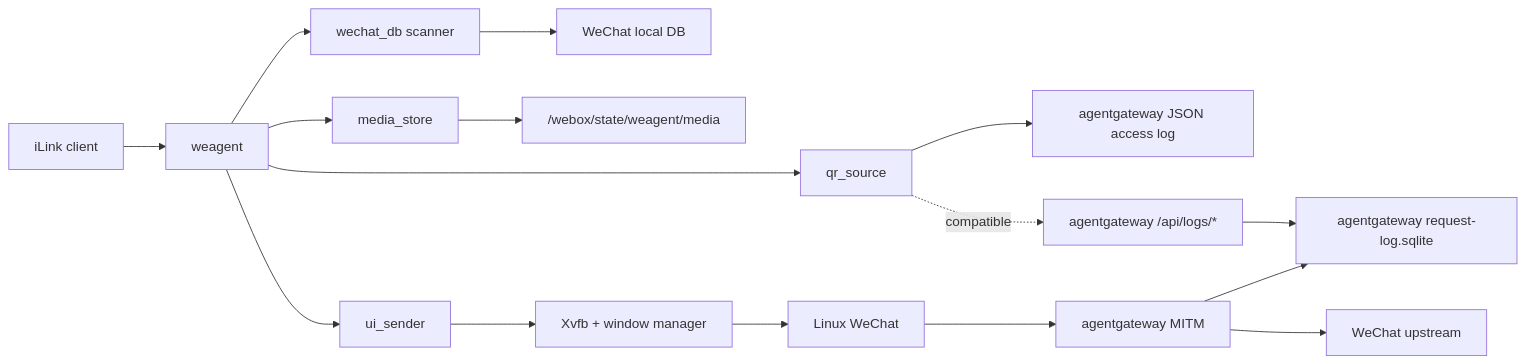
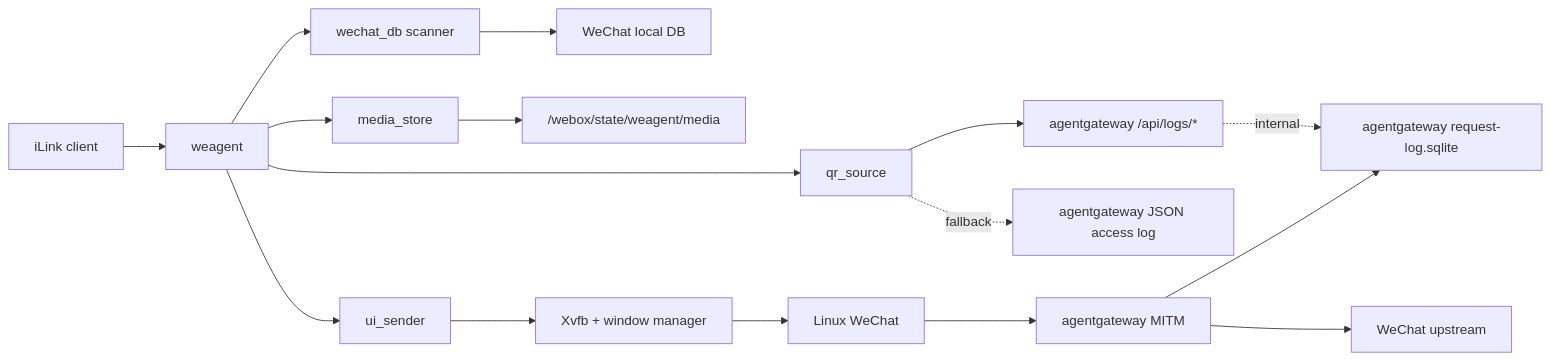
The diagram in docs/architecture.md (netcat-ai/webox), drawn with Mermaid before and after one commit. The commit also changed other lines of this file and 3 other files, not shown here.

````diff
--- a/docs/architecture.md
+++ b/docs/architecture.md
@@ -26,22 +26,22 @@
 ```mermaid
 flowchart LR
   Client["iLink client"] --> Agent["weagent"]
 
   Agent --> QRSource["qr_source"]
-  QRSource --> AGLOG["agentgateway JSON access log"]
-  QRSource -. compatible .-> AGAPI["agentgateway /api/logs/*"]
-  AGAPI --> AGDB["agentgateway request-log.sqlite"]
+  QRSource --> AGAPI["agentgateway /api/logs/*"]
+  QRSource -. fallback .-> AGLOG["agentgateway JSON access log"]
+  AGAPI -. internal .-> AGDB["agentgateway request-log.sqlite"]
 
   Agent --> DBScanner["wechat_db scanner"]
   DBScanner --> WXDB["WeChat local DB"]
 
   Agent --> UISender["ui_sender"]
   Agent --> MediaStore["media_store"]
   MediaStore --> MediaDir["/webox/state/weagent/media"]
   UISender --> Display["Xvfb + window manager"]
   Display --> WeChat["Linux WeChat"]
 
   WeChat --> AGW["agentgateway MITM"]
   AGW --> WXNet["WeChat upstream"]
   AGW --> AGDB
 ```
````
